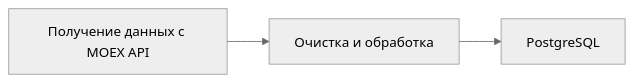
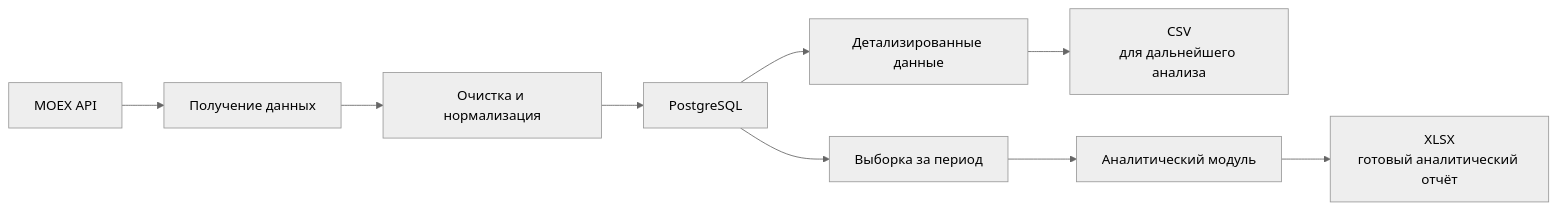
The diagram in README.md (fetgrigory/Stock-Data-Service), drawn with Mermaid (neutral theme) before and after one commit. The commit also changed other lines of this file, not shown here.

````diff
--- a/README.md
+++ b/README.md
@@ -13,5 +14,13 @@
 ```mermaid
 graph LR
-    A[Получение данных с MOEX API] --> B[Очистка и обработка]
-    B --> C[PostgreSQL]
+    A[MOEX API] --> B[Получение данных]
+    B --> C[Очистка и нормализация]
+    C --> D[PostgreSQL]
+
+    D --> E[Детализированные данные]
+    E --> F[CSV<br/>для дальнейшего анализа]
+
+    D --> G[Выборка за период]
+    G --> H[Аналитический модуль]
+    H --> I[XLSX<br/>готовый аналитический отчёт]
 ```
````
